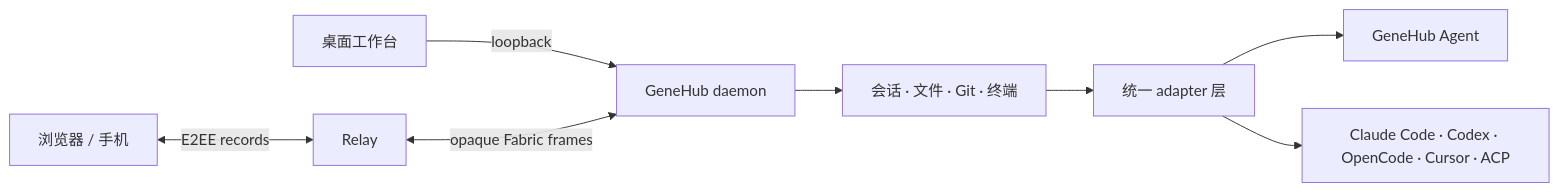
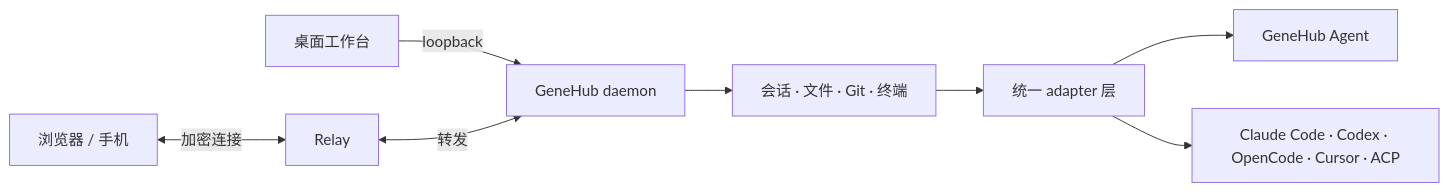
Before and after one commit to aikenc/genethub: the diagram in README.md, drawn with Mermaid. The commit also changed other lines of this file, not shown here.

````diff
--- a/README.md
+++ b/README.md
@@ -96,10 +97,10 @@
 ```mermaid
 flowchart LR
     desktop[桌面工作台] -->|loopback| daemon[GeneHub daemon]
-    remote[浏览器 / 手机] <-->|E2EE records| relay[Relay]
-    relay <-->|opaque Fabric frames| daemon
+    remote[浏览器 / 手机] <-->|加密连接| relay[Relay]
+    relay <-->|转发| daemon
     daemon --> kernel[会话 · 文件 · Git · 终端]
     kernel --> adapters[统一 adapter 层]
     adapters --> builtin[GeneHub Agent]
     adapters --> external[Claude Code · Codex · OpenCode · Cursor · ACP]
 ```
````
